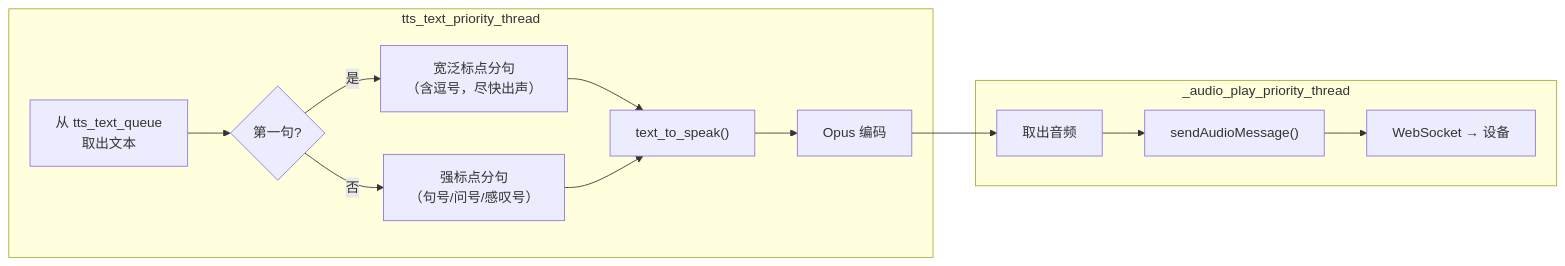
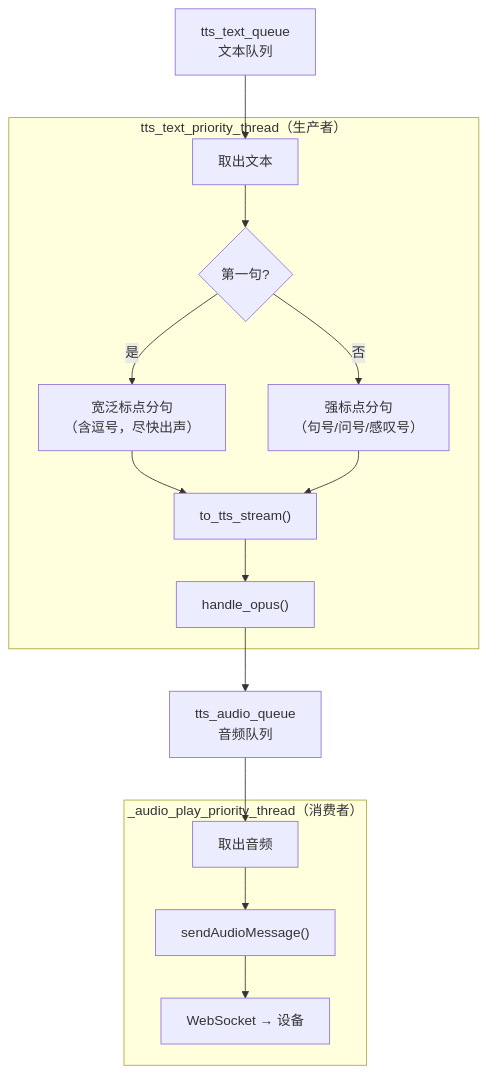
The seventh of 8 diagrams in docs/xiaozhi-server-training-full.md (20074021207/xiaozhi-esp32-server), drawn with Mermaid before and after one commit. The commit also changed other lines of this file, not shown here.

````diff
--- a/docs/xiaozhi-server-training-full.md
+++ b/docs/xiaozhi-server-training-full.md
@@ -735,18 +802,24 @@
 ```mermaid
-flowchart LR
-    subgraph TextThread["tts_text_priority_thread"]
-        A["从 tts_text_queue<br/>取出文本"] --> B{"第一句?"}
+flowchart TB
+    Q1["tts_text_queue<br/>文本队列"]
+    Q1 --> A
+
+    subgraph TextThread["tts_text_priority_thread（生产者）"]
+        A["取出文本"] --> B{"第一句?"}
         B -- "是" --> C["宽泛标点分句<br/>（含逗号，尽快出声）"]
         B -- "否" --> D["强标点分句<br/>（句号/问号/感叹号）"]
-        C --> E["text_to_speak()"]
+        C --> E["to_tts_stream()"]
         D --> E
-        E --> F["Opus 编码"]
+        E --> F["handle_opus()"]
     end
 
-    F --> G["tts_audio_queue"]
+    F --> Q2
 
-    subgraph PlayThread["_audio_play_priority_thread"]
+    Q2["tts_audio_queue<br/>音频队列"]
+    Q2 --> G
+
+    subgraph PlayThread["_audio_play_priority_thread（消费者）"]
         G["取出音频"] --> H["sendAudioMessage()"]
         H --> I["WebSocket → 设备"]
     end
 ```
````
